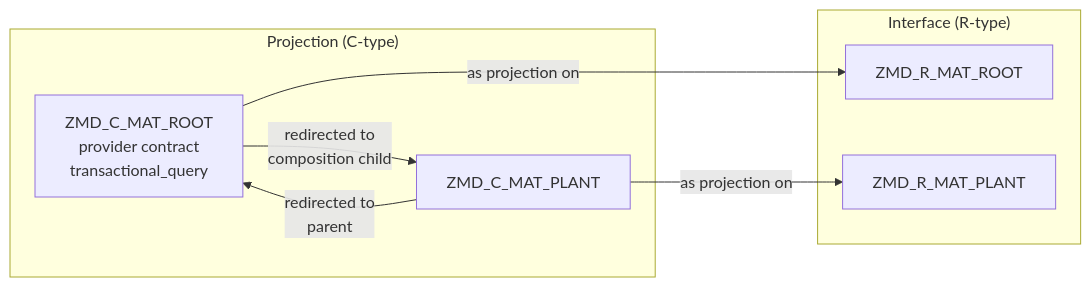
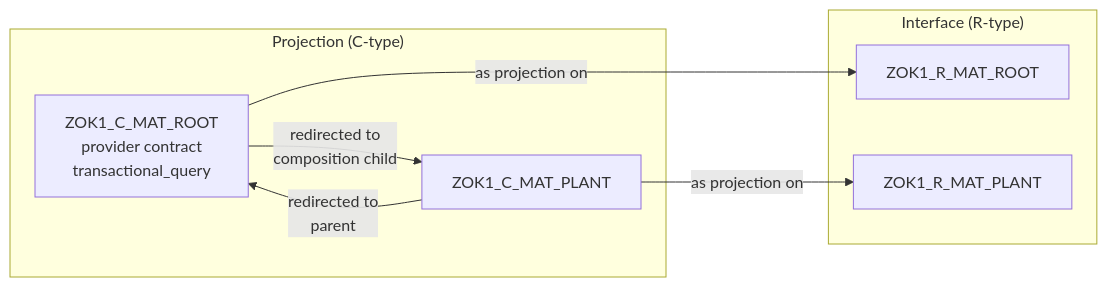
The eighth of 10 diagrams in docs/tutorials/rap-bo-creation.md (fr0ster/cloud-llm-hub), drawn with Mermaid before and after one commit. The commit also changed other lines of this file, not shown here.

````diff
--- a/docs/tutorials/rap-bo-creation.md
+++ b/docs/tutorials/rap-bo-creation.md
@@ -356,17 +386,17 @@
 ```mermaid
 graph LR
     subgraph "Projection (C-type)"
-        C_ROOT[ZMD_C_MAT_ROOT<br/>provider contract<br/>transactional_query]
-        C_PLANT[ZMD_C_MAT_PLANT]
+        C_ROOT[ZOK1_C_MAT_ROOT<br/>provider contract<br/>transactional_query]
+        C_PLANT[ZOK1_C_MAT_PLANT]
     end
 
     subgraph "Interface (R-type)"
-        R_ROOT[ZMD_R_MAT_ROOT]
-        R_PLANT[ZMD_R_MAT_PLANT]
+        R_ROOT[ZOK1_R_MAT_ROOT]
+        R_PLANT[ZOK1_R_MAT_PLANT]
     end
 
     C_ROOT -->|"as projection on"| R_ROOT
     C_PLANT -->|"as projection on"| R_PLANT
     C_ROOT -->|"redirected to<br/>composition child"| C_PLANT
     C_PLANT -->|"redirected to<br/>parent"| C_ROOT
 ```
````
